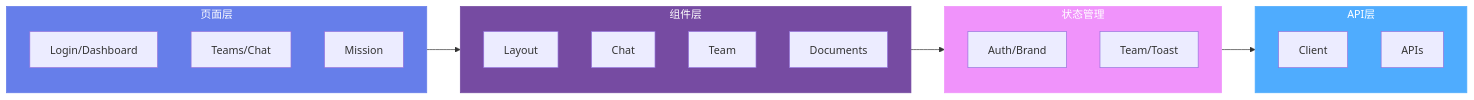
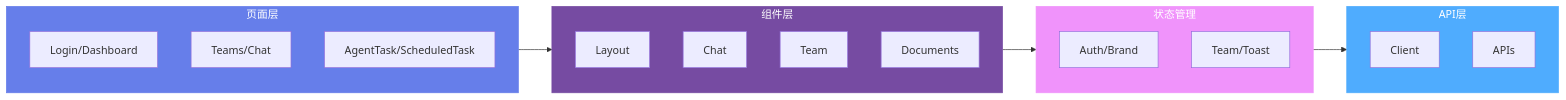
The first of 3 diagrams in docs/WEB_ADMIN.md (jsjm1986/AGIME), drawn with Mermaid before and after one commit. The commit also changed other lines of this file and 18 other files, not shown here.

````diff
--- a/docs/WEB_ADMIN.md
+++ b/docs/WEB_ADMIN.md
@@ -164,32 +144,32 @@
 ```mermaid
 graph LR
     subgraph Pages["页面层"]
         P1[Login/Dashboard]
         P2[Teams/Chat]
-        P3[Mission]
+        P3[AgentTask/ScheduledTask]
     end
 
     subgraph Components["组件层"]
         C1[Layout]
         C2[Chat]
         C3[Team]
         C4[Documents]
     end
 
     subgraph State["状态管理"]
         S1[Auth/Brand]
         S2[Team/Toast]
     end
 
     subgraph API["API层"]
         A1[Client]
         A2[APIs]
     end
 
     Pages --> Components --> State --> API
 
     style Pages fill:#667eea,stroke:#667eea,color:#ffffff
     style Components fill:#764ba2,stroke:#764ba2,color:#ffffff
     style State fill:#f093fb,stroke:#f093fb,color:#ffffff
     style API fill:#4facfe,stroke:#4facfe,color:#ffffff
 ```
````
